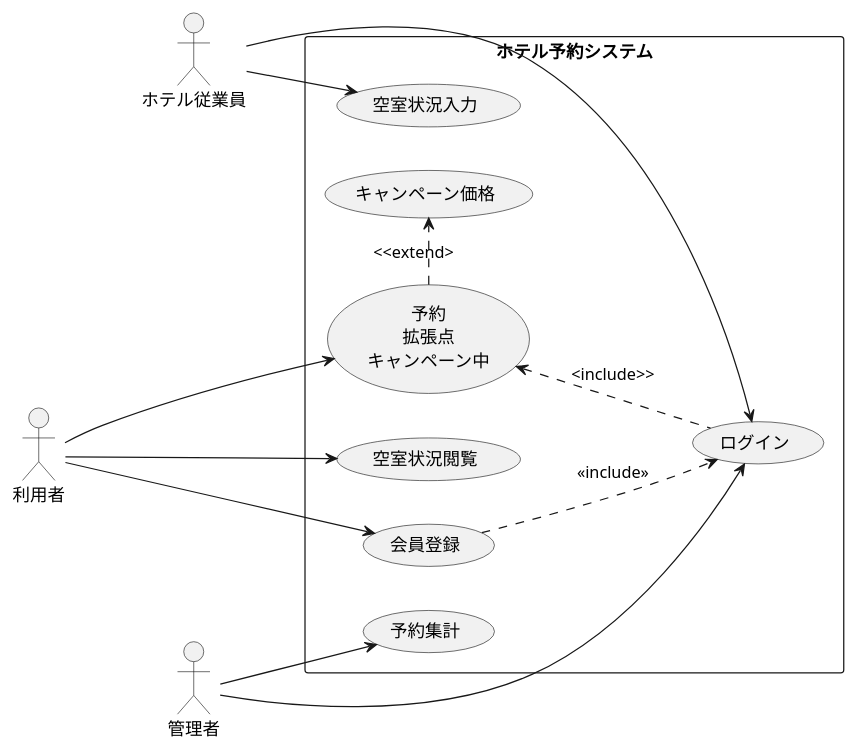
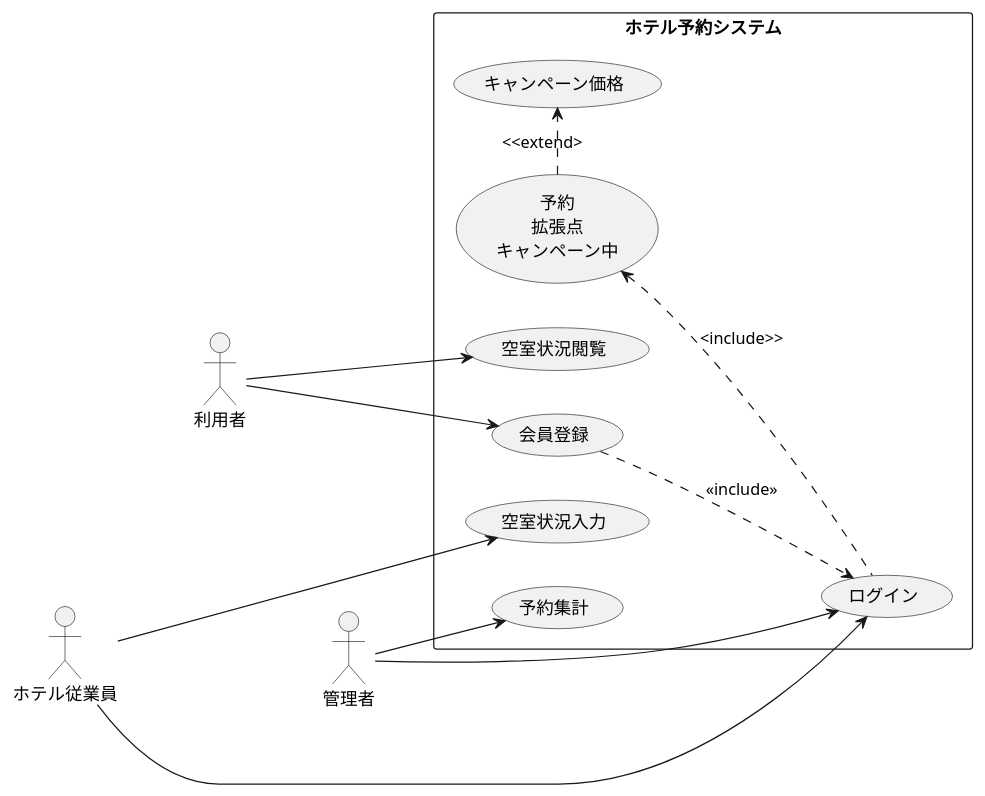
The diagram in 演習2-8_UC_ホテル予約システム.pu (Mxvieee/uml-introduction), drawn with PlantUML before and after one commit.

Commit message:
演習課題に変更を加えました

```diff
--- a/演習2-8_UC_ホテル予約システム.pu
+++ b/演習2-8_UC_ホテル予約システム.pu
@@ -1,25 +1,24 @@
 @startuml ユースケース図
 left to right direction
 actor 利用者
 actor ホテル従業員
 actor 管理者
 rectangle ホテル予約システム{
 usecase 空室状況閲覧
 usecase 空室状況入力
 usecase 予約集計
 usecase ログイン
 usecase 会員登録
 usecase (予約\n拡張点\nキャンペーン中) as input
 usecase キャンペーン価格
 }
 利用者 --> 空室状況閲覧
-利用者 --> input
 利用者 ---> 会員登録
 会員登録 ..> ログイン:<<include>>
 input .> キャンペーン価格:<<extend>
 input <.. ログイン :<include>>
-ホテル従業員 --> 空室状況入力
+ホテル従業員 ----> 空室状況入力
 ホテル従業員 --> ログイン
 管理者 --> 予約集計
 管理者 --> ログイン
 @enduml
```
